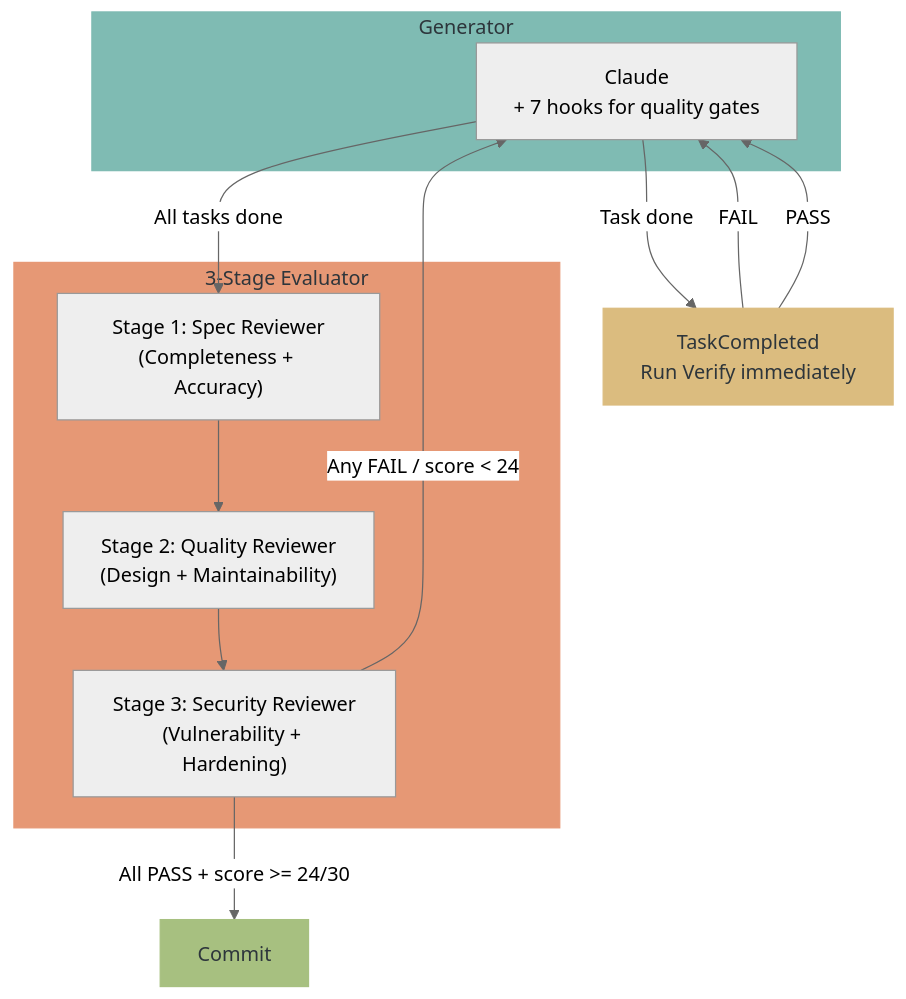
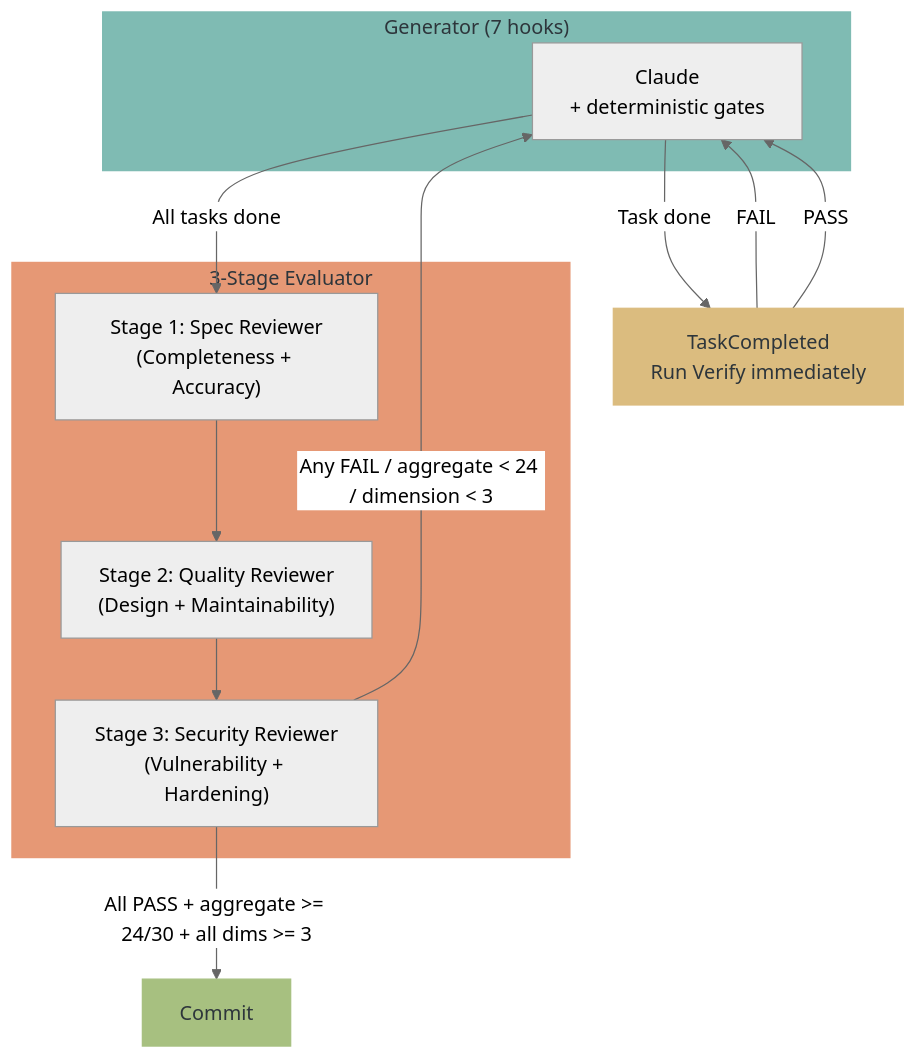
Before and after one commit to hir4ta/qult: the second of 2 diagrams in README.md, drawn with Mermaid (neutral theme). The commit also changed other lines of this file and 14 other files, not shown here.

Commit message:
v0.20.1: dimension floor, 3-stage aggregate scoring, harness engineering README

````diff
--- a/README.md
+++ b/README.md
@@ -67,25 +91,25 @@
 ```mermaid
 flowchart TB
-    subgraph Generator["Generator"]
-        Claude["Claude\n+ 7 hooks for quality gates"]
+    subgraph Generator["Generator (7 hooks)"]
+        Claude["Claude\n+ deterministic gates"]
     end
     subgraph Evaluator["3-Stage Evaluator"]
         Spec["Stage 1: Spec Reviewer\n(Completeness + Accuracy)"]
         Quality["Stage 2: Quality Reviewer\n(Design + Maintainability)"]
         Security["Stage 3: Security Reviewer\n(Vulnerability + Hardening)"]
     end
 
     Claude -- "Task done" --> TV["TaskCompleted\nRun Verify immediately"]
     TV -- "FAIL" --> Claude
     TV -- "PASS" --> Claude
     Claude -- "All tasks done" --> Spec
     Spec --> Quality
     Quality --> Security
-    Security -- "Any FAIL / score < 24" --> Claude
-    Security -- "All PASS + score >= 24/30" --> Done["Commit"]
+    Security -- "Any FAIL / aggregate < 24 / dimension < 3" --> Claude
+    Security -- "All PASS + aggregate >= 24/30 + all dims >= 3" --> Done["Commit"]
 
     style Generator fill:#7fbbb3,color:#2d353b,stroke:#7fbbb3
     style Evaluator fill:#e69875,color:#2d353b,stroke:#e69875
     style Done fill:#a7c080,color:#2d353b,stroke:#a7c080
     style TV fill:#dbbc7f,color:#2d353b,stroke:#dbbc7f
 ```
````
